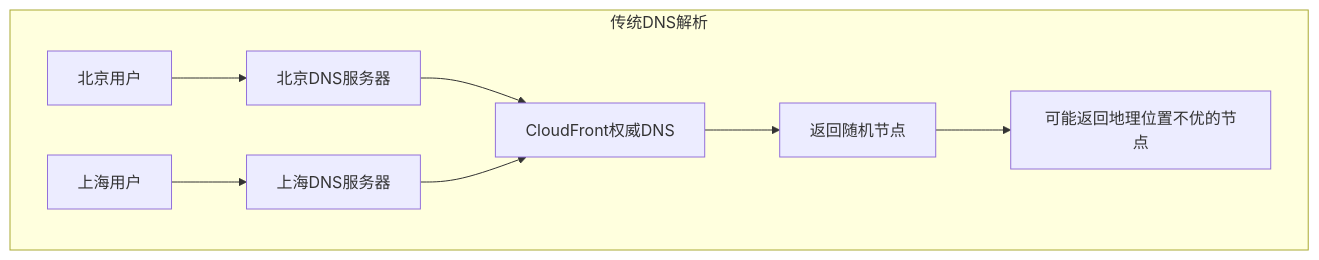
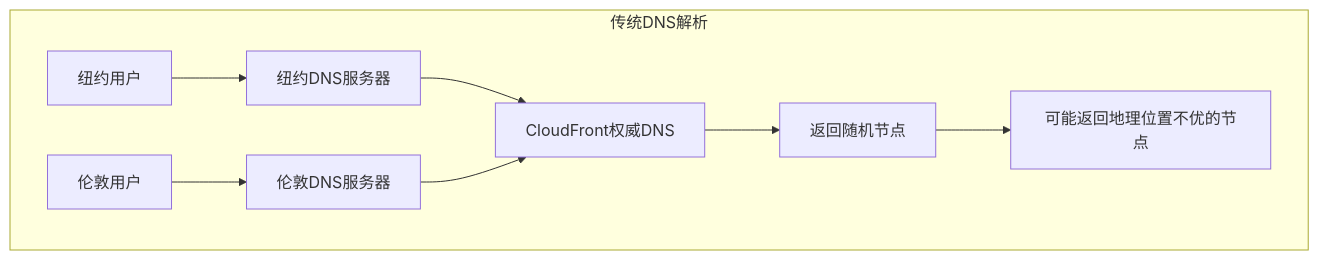
Before and after one commit to ddpie/aws-references: the tenth of 14 diagrams in CloudFront预热方案详解.md, drawn with Mermaid. The commit also changed other lines of this file, not shown here.

````diff
--- a/CloudFront预热方案详解.md
+++ b/CloudFront预热方案详解.md
@@ -388,11 +388,11 @@
 ```mermaid
 graph TB
     subgraph "传统DNS解析"
-        User1[北京用户] --> LocalDNS1[北京DNS服务器]
-        User2[上海用户] --> LocalDNS2[上海DNS服务器]
+        User1[纽约用户] --> LocalDNS1[纽约DNS服务器]
+        User2[伦敦用户] --> LocalDNS2[伦敦DNS服务器]
         LocalDNS1 --> AuthDNS[CloudFront权威DNS]
         LocalDNS2 --> AuthDNS
         AuthDNS --> RandomNode[返回随机节点]
         RandomNode --> Problem[可能返回地理位置不优的节点]
     end
 ```
````
